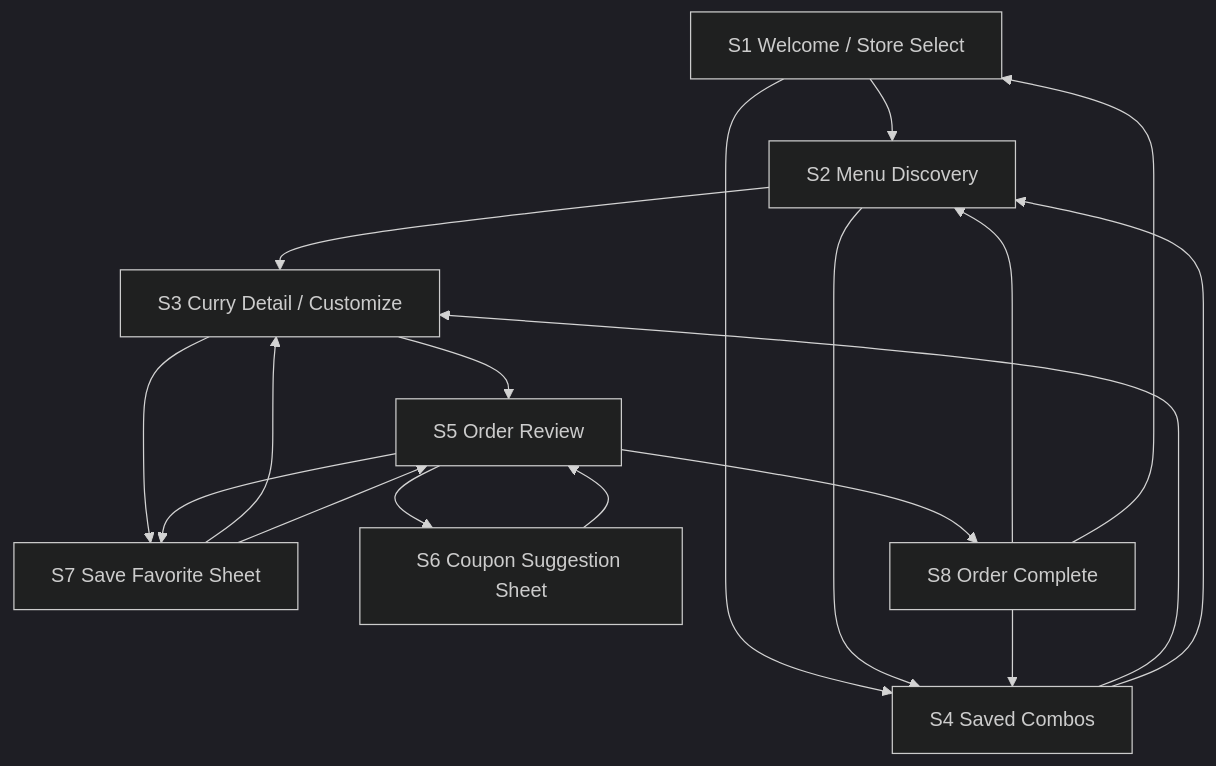
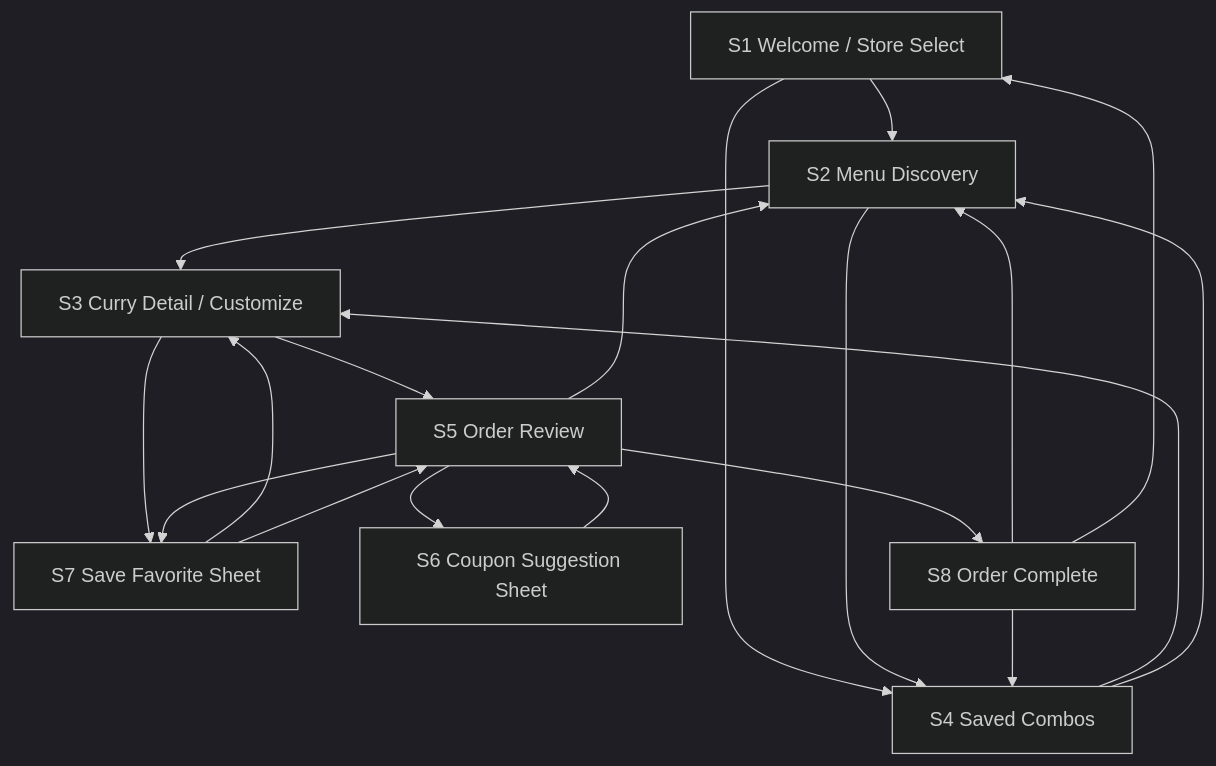
One commit to shamaton/cocoichi changed the diagram in docs/poc-screen-flow-2026-03-28.md. Above: the diagram before and after it, drawn with Mermaid (dark theme). The commit also changed other lines of this file and 2 other files, not shown here.

````diff
--- a/docs/poc-screen-flow-2026-03-28.md
+++ b/docs/poc-screen-flow-2026-03-28.md
@@ -36,25 +37,26 @@
 ```mermaid
 flowchart TD
     A[S1 Welcome / Store Select] --> B[S2 Menu Discovery]
     A --> D[S4 Saved Combos]
 
     B --> C[S3 Curry Detail / Customize]
     B --> D
 
     D --> C
     D --> B
 
     C --> E[S5 Order Review]
     C --> G[S7 Save Favorite Sheet]
     G --> C
 
     E --> F[S6 Coupon Suggestion Sheet]
+    E --> B
     F --> E
     E --> H[S8 Order Complete]
     E --> G
     G --> E
 
     H --> B
     H --> D
     H --> A
 ```
````
